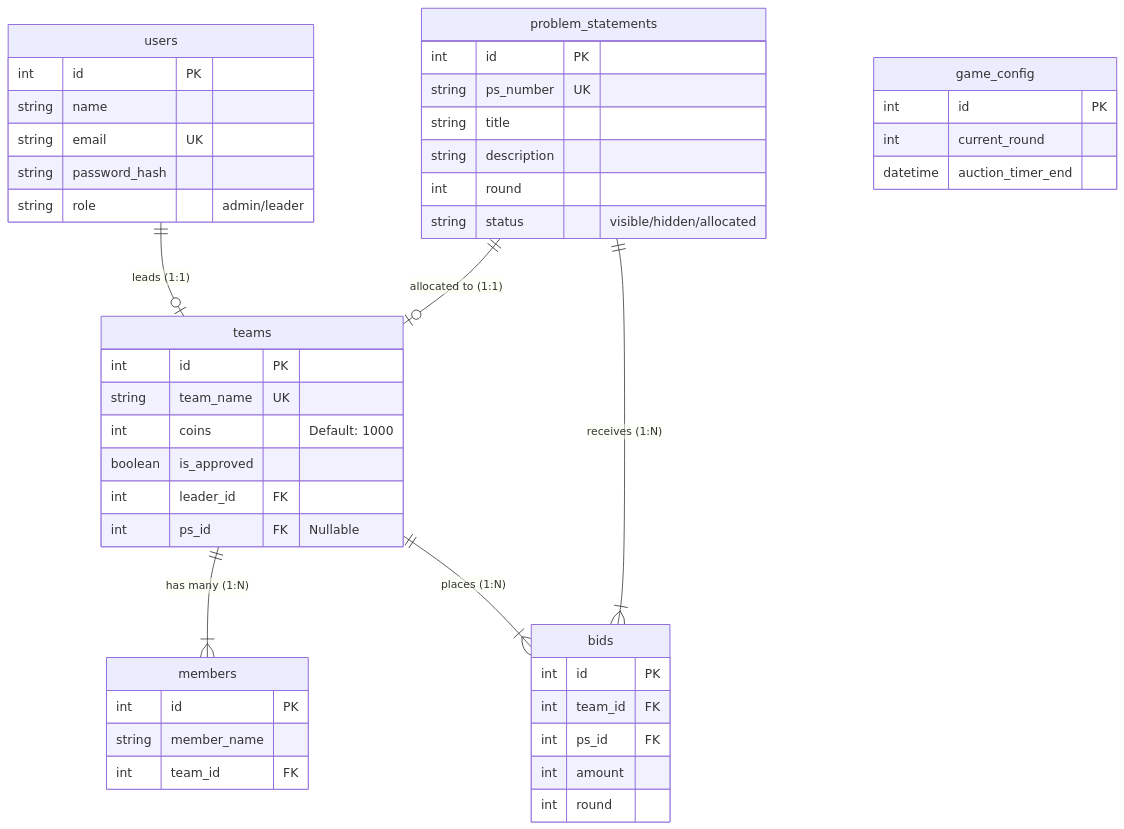
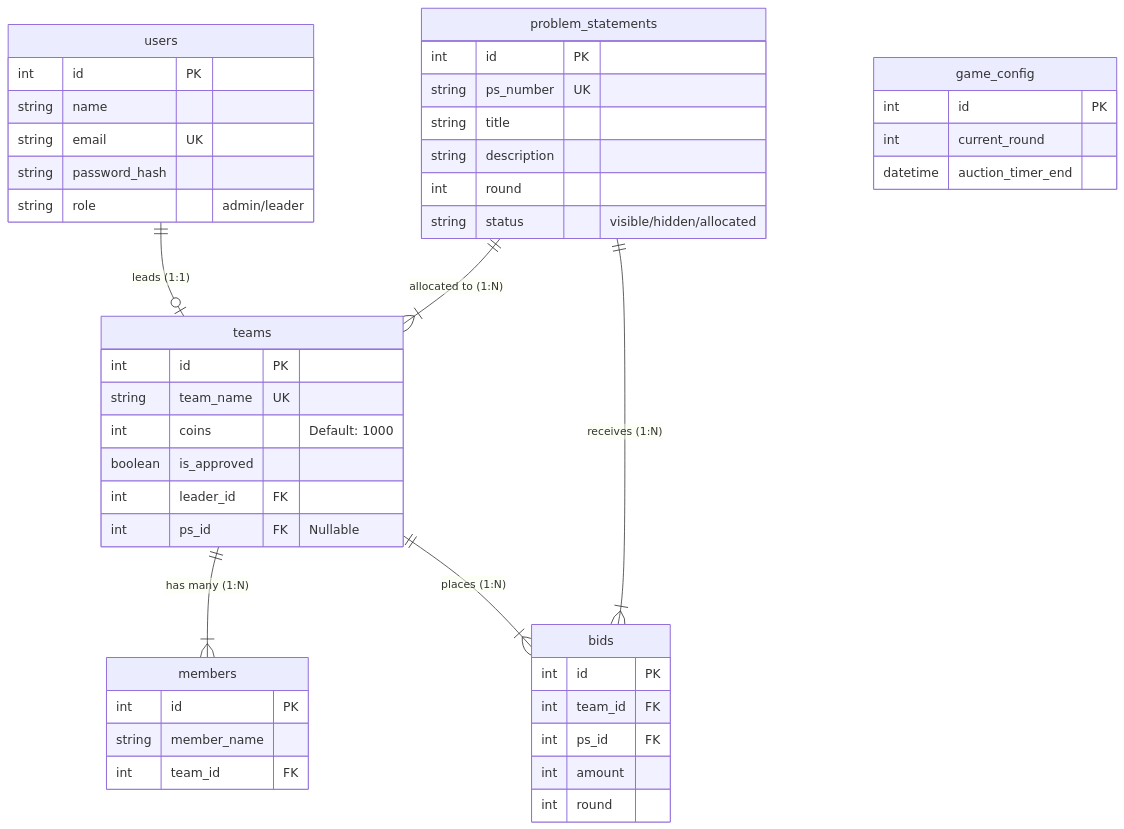
One commit to XIEAA-hackathon/demo-repository changed the first of 2 diagrams in Backend/README.md. Above: the diagram before and after it, drawn with Mermaid. The commit also changed 3 other files, not shown here.

````diff
--- a/Backend/README.md
+++ b/Backend/README.md
@@ -37,55 +37,55 @@
 ```mermaid
 erDiagram
     users {
         int id PK
         string name
         string email UK
         string password_hash
         string role "admin/leader"
     }
     
     teams {
         int id PK
         string team_name UK
         int coins "Default: 1000"
         boolean is_approved
         int leader_id FK
         int ps_id FK "Nullable"
     }
 
     members {
         int id PK
         string member_name
         int team_id FK
     }
 
     problem_statements {
         int id PK
         string ps_number UK
         string title
         string description
         int round
         string status "visible/hidden/allocated"
     }
 
     bids {
         int id PK
         int team_id FK
         int ps_id FK
         int amount
         int round
     }
 
     game_config {
         int id PK
         int current_round
         datetime auction_timer_end
     }
 
     %% Relationships
     users ||--o| teams : "leads (1:1)"
     teams ||--|{ members : "has many (1:N)"
-    problem_statements ||--o| teams : "allocated to (1:1)"
+    problem_statements ||--|{ teams : "allocated to (1:N)"
     teams ||--|{ bids : "places (1:N)"
     problem_statements ||--|{ bids : "receives (1:N)"
 ```
````
